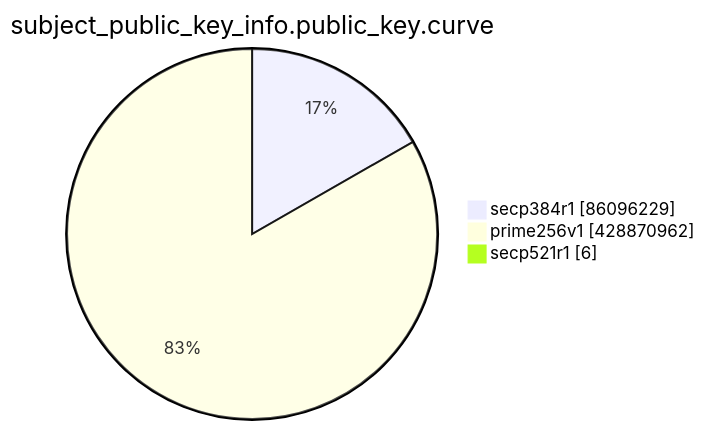
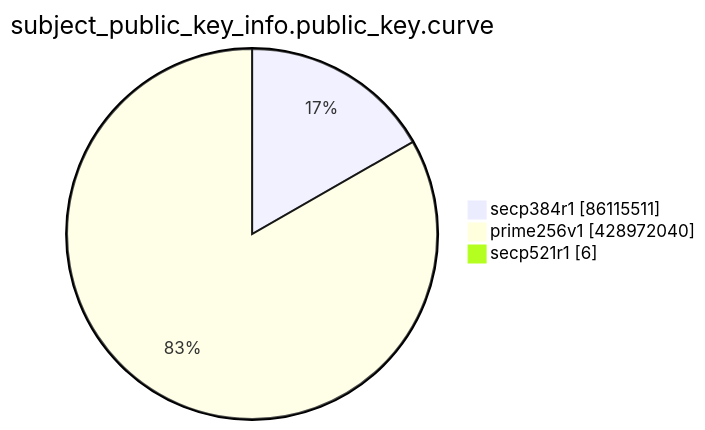
The eighth of 15 diagrams in TOTAL/README.md (christiankrug/ctmonitor_visualization), drawn with Mermaid before and after one commit. The commit also changed other lines of this file, not shown here.

````diff
--- a/TOTAL/README.md
+++ b/TOTAL/README.md
@@ -3100,7 +3100,7 @@
 ```mermaid
 pie showData
 title subject_public_key_info.public_key.curve
-"secp384r1" :86096229
-"prime256v1" :428870962
+"secp384r1" :86115511
+"prime256v1" :428972040
 "secp521r1" :6
 ```
````
